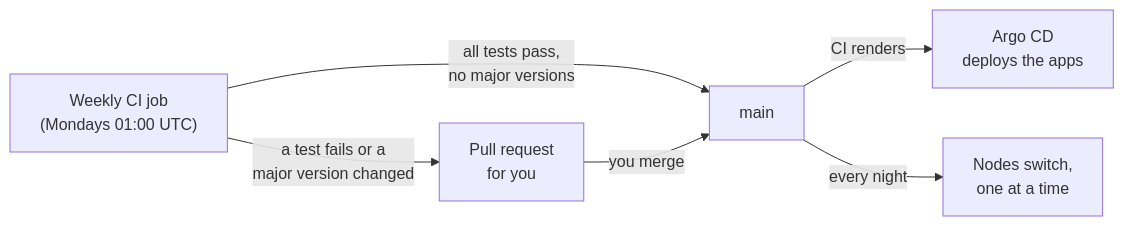
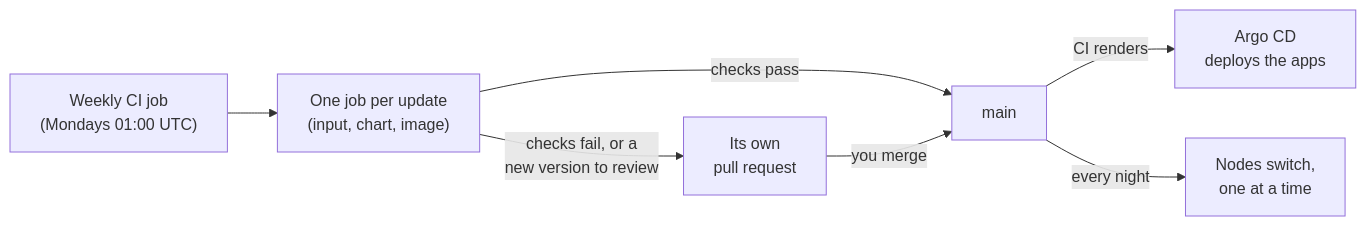
The diagram in docs/updates.md (thatbagu/nixlab), drawn with Mermaid before and after one commit. The commit also changed other lines of this file and 24 other files, not shown here.

First line of the commit message:
feat(updates): incremental weekly updates; Helm charts pinned in nixlab (no nixhelm)

````diff
--- a/docs/updates.md
+++ b/docs/updates.md
@@ -5,8 +5,9 @@
 ```mermaid
 flowchart LR
-  W["Weekly CI job<br/>(Mondays 01:00 UTC)"] -->|all tests pass,<br/>no major versions| M[main]
-  W -->|a test fails or a<br/>major version changed| PR[Pull request<br/>for you]
+  W["Weekly CI job<br/>(Mondays 01:00 UTC)"] --> U["One job per update<br/>(input, chart, image)"]
+  U -->|checks pass| M[main]
+  U -->|checks fail, or a<br/>new version to review| PR[Its own<br/>pull request]
   PR -->|you merge| M
   M -->|CI renders| A[Argo CD<br/>deploys the apps]
   M -->|every night| N[Nodes switch,<br/>one at a time]
 ```
````
